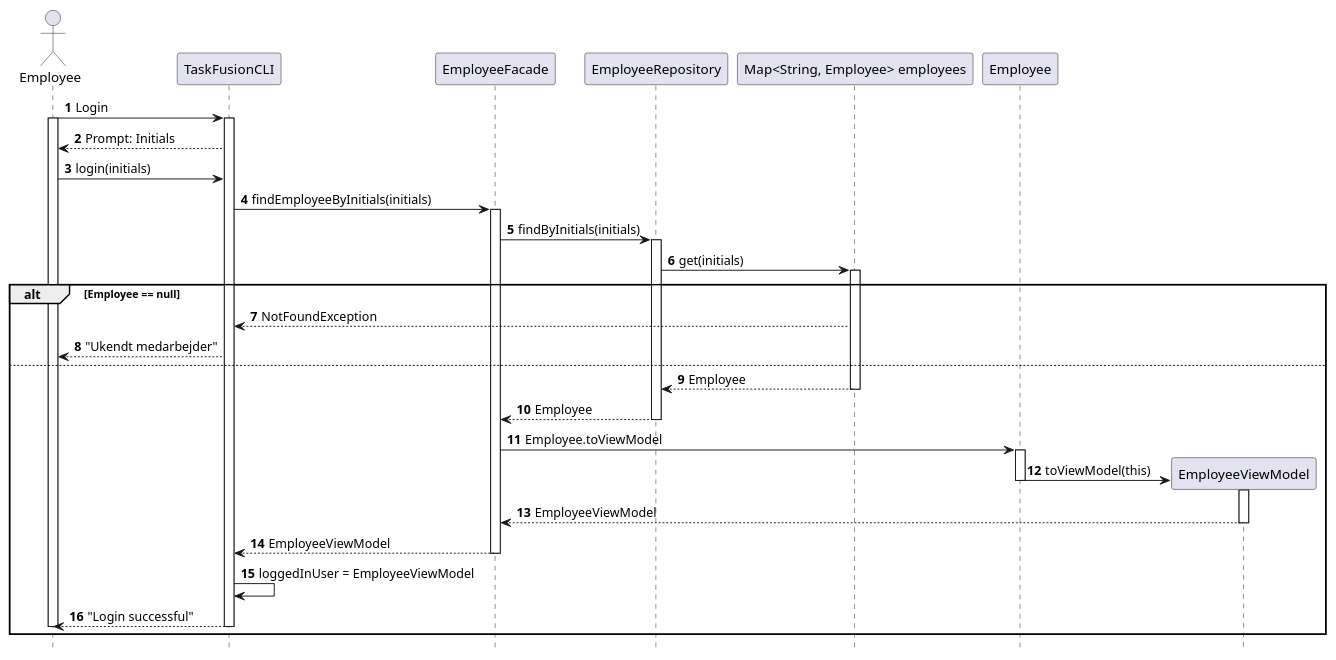
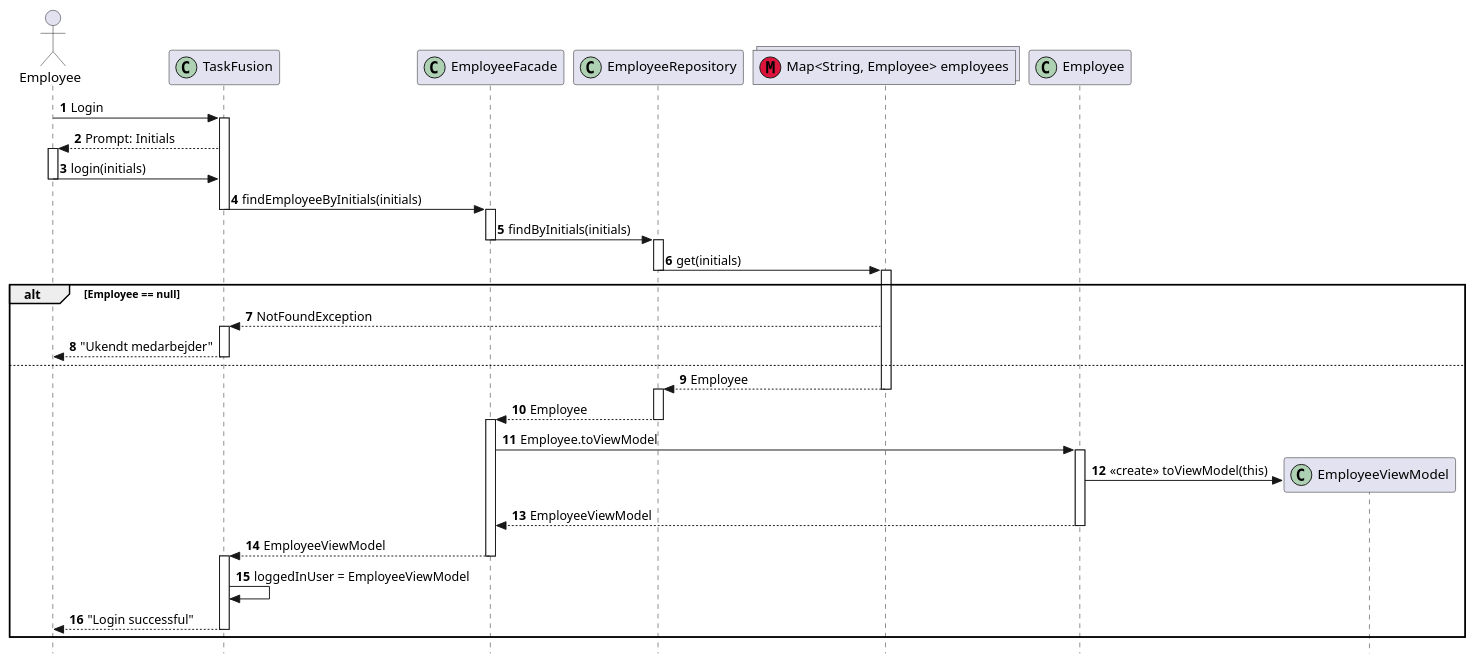
One commit to rwiuff/02161ExamProject changed the diagram in RequirementsAndDesign/SequenceDiagrams/login.puml. Above: the diagram before and after it, drawn with PlantUML. The commit also changed 25 other files, not shown here.

Commit message:
Seq diagrams

```diff
--- a/RequirementsAndDesign/SequenceDiagrams/login.puml
+++ b/RequirementsAndDesign/SequenceDiagrams/login.puml
@@ -1,44 +1,32 @@
 @startuml seqLogin
 autonumber
 hide footbox
+skinparam style strictuml
+hide unlinked
 actor "Employee" as emp
-participant "TaskFusionCLI" as app
-participant "EmployeeFacade" as empfacade
-participant "EmployeeRepository" as emprepo
-participant "Map<String, Employee> employees" as emps
-participant "Employee" as empl
-participant "EmployeeViewModel" as empvm
-emp -> app: Login
-activate emp
-activate app
-app --> emp: Prompt: Initials
-emp -> app: login(initials)
-app -> empfacade: findEmployeeByInitials(initials)
-activate empfacade
-empfacade -> emprepo: findByInitials(initials)
-activate emprepo
-emprepo -> emps: get(initials)
-activate emps
+participant "TaskFusion" as app << (C,#ADD1B2) >>
+participant "EmployeeFacade" as empfacade << (C,#ADD1B2) >>
+participant "EmployeeRepository" as emprepo << (C,#ADD1B2) >>
+collections "Map<String, Employee> employees" as emps << (M,Crimson) >>
+participant "Employee" as empl << (C,#ADD1B2) >>
+participant "EmployeeViewModel" as empvm << (C,#ADD1B2) >>
+emp -> app++: Login
+app --> emp++: Prompt: Initials
+emp -> app--: login(initials)
+app -> empfacade--++: findEmployeeByInitials(initials)
+empfacade -> emprepo--++: findByInitials(initials)
+emprepo -> emps--++: get(initials)
 alt Employee == null
-emps --> app: NotFoundException
-app --> emp: "Ukendt medarbejder"
+    emps --> app++: NotFoundException
+    app --> emp--: "Ukendt medarbejder"
 else
-emps --> emprepo: Employee
-deactivate emps
-emprepo --> empfacade: Employee
-deactivate emprepo
-empfacade -> empl: Employee.toViewModel
-activate empl
-empl -> empvm**: toViewModel(this)
-activate empvm
-deactivate empl
-empvm --> empfacade: EmployeeViewModel
-deactivate empvm
-empfacade --> app: EmployeeViewModel
-deactivate empfacade
-app -> app: loggedInUser = EmployeeViewModel
-app --> emp: "Login successful"
-deactivate emp
-deactivate app
+    emps --> emprepo--++: Employee
+    emprepo --> empfacade--++: Employee
+    empfacade -> empl++: Employee.toViewModel
+    empl -> empvm**: <<create>> toViewModel(this)
+    empl --> empfacade--: EmployeeViewModel
+    empfacade --> app--++: EmployeeViewModel
+    app -> app: loggedInUser = EmployeeViewModel
+    app --> emp--: "Login successful"
 end
 @enduml
```
